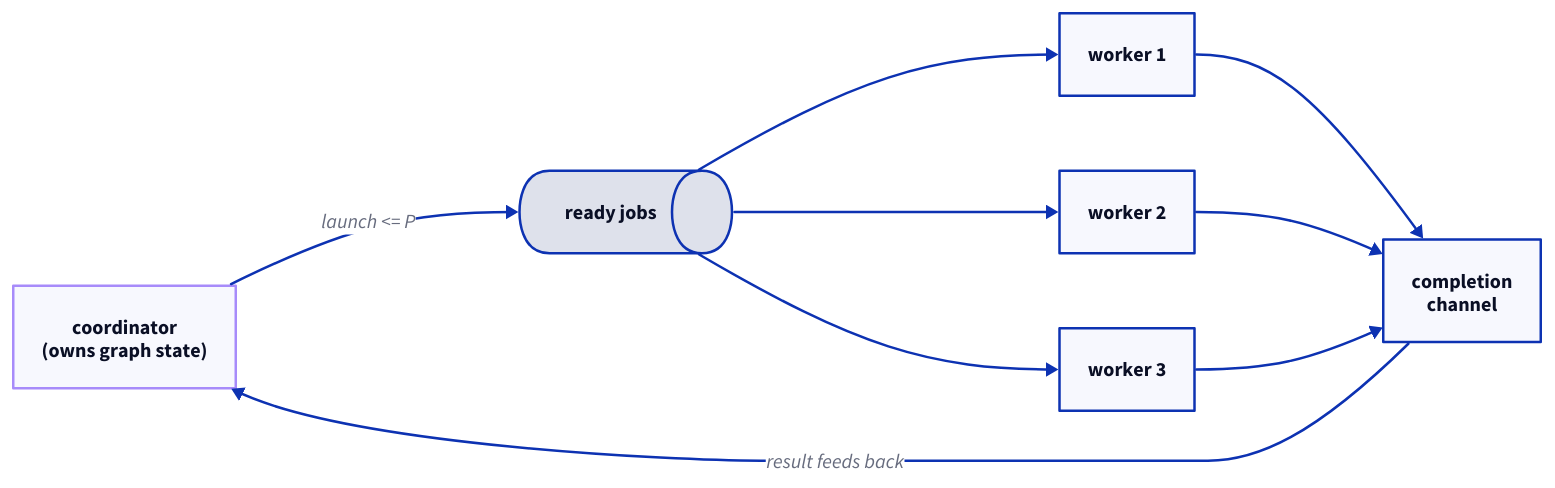
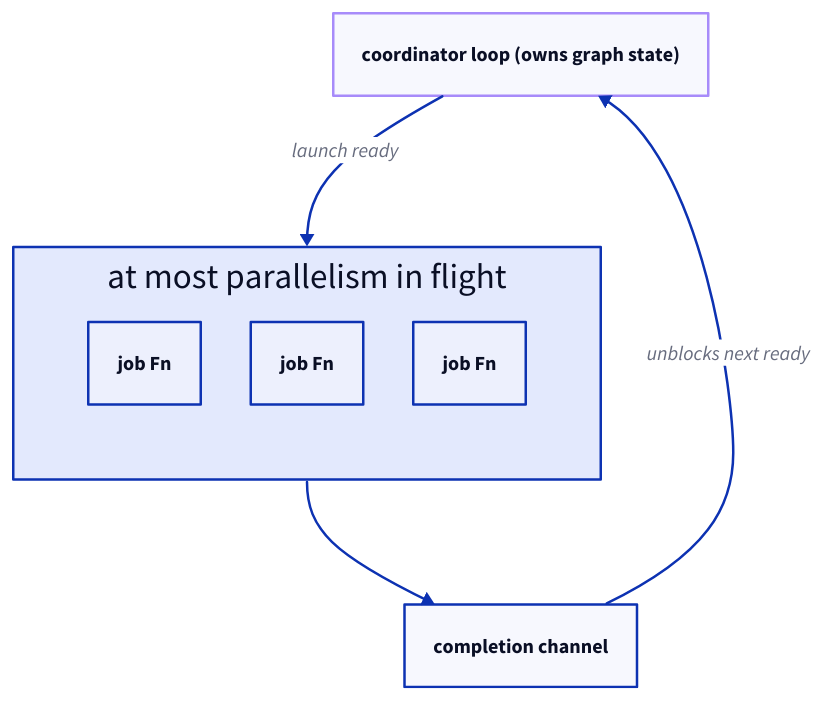
One commit to michael-duren/rubber-duck changed the second of 2 diagrams in courses/concurrency-gauntlet-go.md. Above: the diagram before and after it, drawn with D2. The commit also changed other lines of this file and 29 other files, not shown here.

````diff
--- a/courses/concurrency-gauntlet-go.md
+++ b/courses/concurrency-gauntlet-go.md
@@ -1493,24 +1487,21 @@
 ```d2
-direction: right
+direction: down
 
-coord: "coordinator\n(owns graph state)" {
+coord: "coordinator loop (owns graph state)" {
   style.stroke: "#a78bfa"
   style.stroke-width: 2
 }
-ready: "ready jobs" {
-  shape: queue
+
+inflight: "at most parallelism in flight" {
+  grid-rows: 1
+  j1: "job Fn"
+  j2: "job Fn"
+  j3: "job Fn"
 }
-w1: "worker 1"
-w2: "worker 2"
-w3: "worker 3"
-done: "completion\nchannel"
 
-coord -> ready: "launch <= P"
-ready -> w1
-ready -> w2
-ready -> w3
-w1 -> done
-w2 -> done
-w3 -> done
-done -> coord: "result feeds back"
+done: "completion channel"
+
+coord -> inflight: "launch ready"
+inflight -> done
+done -> coord: "unblocks next ready"
 ```
````
